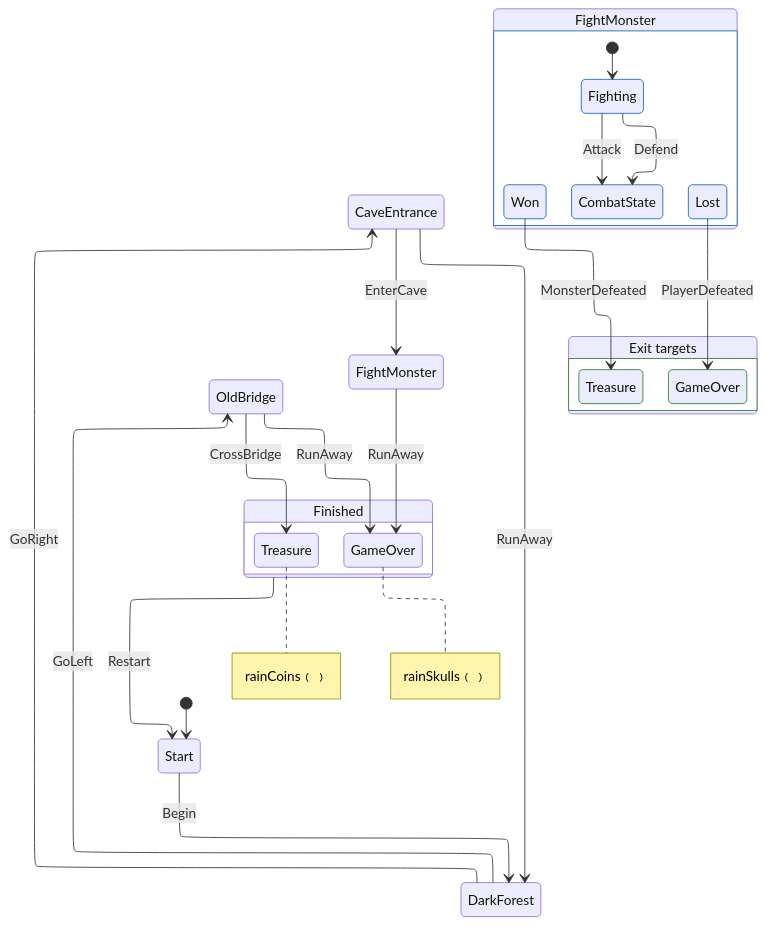
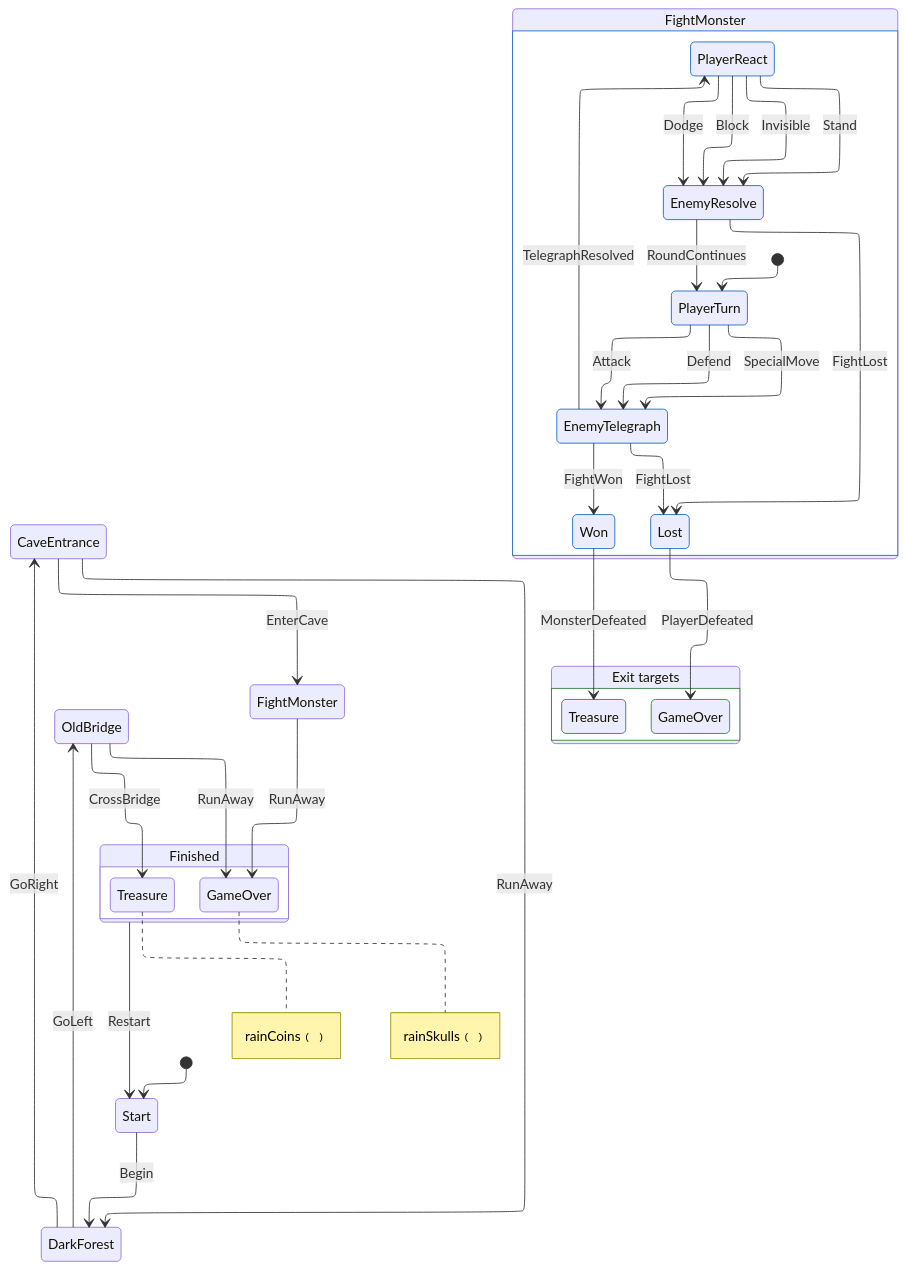
One commit to AdamWardVGP/KSM changed the diagram in sample/ksmGraphs/stateMachine_AdventureState.mmd. Above: the diagram before and after it, drawn with Mermaid. The commit also changed 7 other files, not shown here.

First line of the commit message:
Redesign combat: turn-based reactions, enemy variance, final blow (#23)

```diff
--- a/sample/ksmGraphs/stateMachine_AdventureState.mmd
+++ b/sample/ksmGraphs/stateMachine_AdventureState.mmd
@@ -1,51 +1,63 @@
 ---
 config:
   layout: elk
 ---
 stateDiagram-v2
     Start
     DarkForest
     OldBridge
     CaveEntrance
     FightMonster
     state Finished {
         GameOver
         Treasure
     }
     [*] --> Start
     Start --> DarkForest: Begin
     DarkForest --> OldBridge: GoLeft
     DarkForest --> CaveEntrance: GoRight
     OldBridge --> Treasure: CrossBridge
     OldBridge --> GameOver: RunAway
     CaveEntrance --> FightMonster: EnterCave
     CaveEntrance --> DarkForest: RunAway
     FightMonster --> GameOver: RunAway
     Finished --> Start: Restart
     note right of Treasure
         rainCoins﹙﹚
     end note
     note right of GameOver
         rainSkulls﹙﹚
     end note
 
     state "FightMonster" as child_box_dev_2e_adamwardvgp_2e_sample_2e_adventure_2e_AdventureState_2e_FightMonster {
-        state "Fighting" as child_Fighting
+        state "PlayerTurn" as child_PlayerTurn
+        state "EnemyTelegraph" as child_EnemyTelegraph
+        state "PlayerReact" as child_PlayerReact
+        state "EnemyResolve" as child_EnemyResolve
         state "Won" as child_Won
         state "Lost" as child_Lost
-        state "CombatState" as child_CombatState
-        [*] --> child_Fighting
-        child_Fighting --> child_CombatState: Attack
-        child_Fighting --> child_CombatState: Defend
+        [*] --> child_PlayerTurn
+        child_PlayerTurn --> child_EnemyTelegraph: Attack
+        child_PlayerTurn --> child_EnemyTelegraph: Defend
+        child_PlayerTurn --> child_EnemyTelegraph: SpecialMove
+        child_EnemyTelegraph --> child_PlayerReact: TelegraphResolved
+        child_EnemyTelegraph --> child_Won: FightWon
+        child_EnemyTelegraph --> child_Lost: FightLost
+        child_PlayerReact --> child_EnemyResolve: Dodge
+        child_PlayerReact --> child_EnemyResolve: Block
+        child_PlayerReact --> child_EnemyResolve: Invisible
+        child_PlayerReact --> child_EnemyResolve: Stand
+        child_EnemyResolve --> child_PlayerTurn: RoundContinues
+        child_EnemyResolve --> child_Lost: FightLost
     }
     state "Exit targets" as exit_box_dev_2e_adamwardvgp_2e_sample_2e_adventure_2e_AdventureState_2e_FightMonster {
         state "Treasure" as exit_dev_2e_adamwardvgp_2e_sample_2e_adventure_2e_AdventureState_2e_Treasure
         state "GameOver" as exit_dev_2e_adamwardvgp_2e_sample_2e_adventure_2e_AdventureState_2e_GameOver
     }
     child_Won --> exit_dev_2e_adamwardvgp_2e_sample_2e_adventure_2e_AdventureState_2e_Treasure: MonsterDefeated
     child_Lost --> exit_dev_2e_adamwardvgp_2e_sample_2e_adventure_2e_AdventureState_2e_GameOver: PlayerDefeated
 
     classDef compositeChild stroke:#1565c0
     classDef exitTarget stroke:#2e7d32
-    class child_box_dev_2e_adamwardvgp_2e_sample_2e_adventure_2e_AdventureState_2e_FightMonster,child_Fighting,child_CombatState,child_Won,child_Lost compositeChild
+    class child_box_dev_2e_adamwardvgp_2e_sample_2e_adventure_2e_AdventureState_2e_FightMonster,child_PlayerTurn,child_EnemyTelegraph,child_PlayerReact,child_Won,child_Lost,child_EnemyResolve compositeChild
     class exit_box_dev_2e_adamwardvgp_2e_sample_2e_adventure_2e_AdventureState_2e_FightMonster,exit_dev_2e_adamwardvgp_2e_sample_2e_adventure_2e_AdventureState_2e_Treasure,exit_dev_2e_adamwardvgp_2e_sample_2e_adventure_2e_AdventureState_2e_GameOver exitTarget
```
